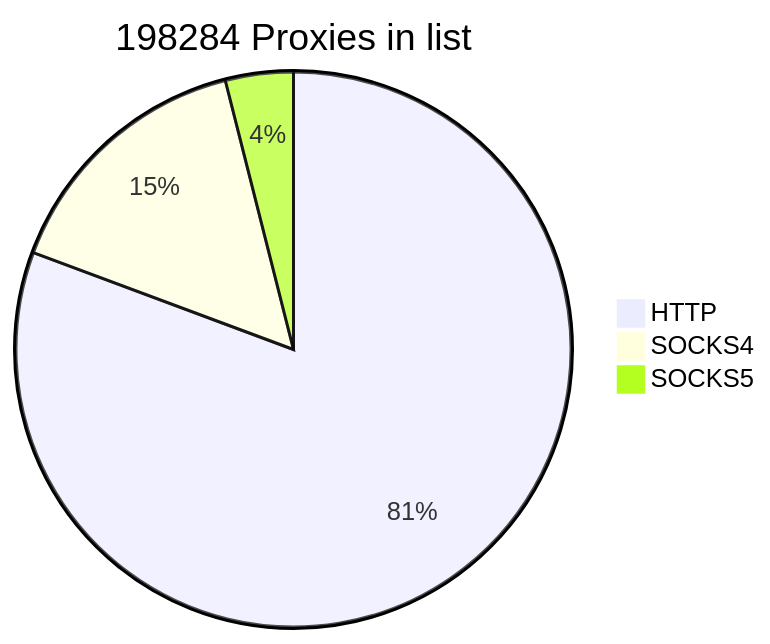
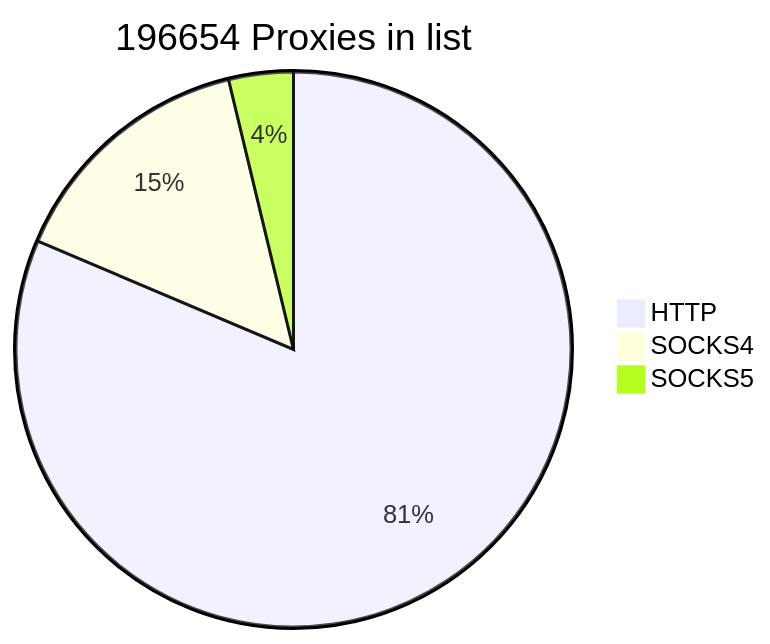
One commit to cutipu/proxylist changed the first of 2 diagrams in README.md. Above: the diagram before and after it, drawn with Mermaid. The commit also changed other lines of this file, not shown here.

````diff
--- a/README.md
+++ b/README.md
@@ -2,7 +2,7 @@
 ```mermaid
-pie title 198284 Proxies in list
-    "HTTP" : 159960
-    "SOCKS4" : 30493
-    "SOCKS5" : 7831
+pie title 196654 Proxies in list
+    "HTTP" : 160042
+    "SOCKS4" : 29221
+    "SOCKS5" : 7391
             
 ```
````
